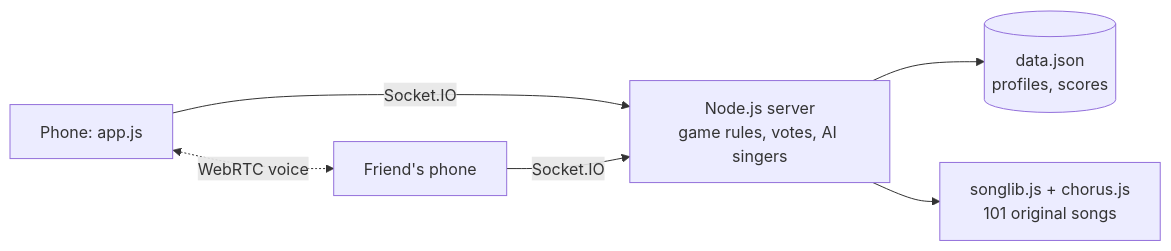
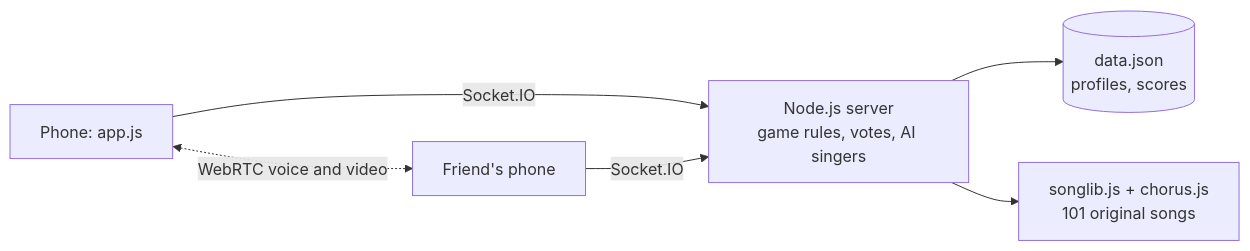
The diagram in README.md (Vineetsing9019/mehfil-antakshari), drawn with Mermaid before and after one commit. The commit also changed other lines of this file and 10 other files, not shown here.

Commit message:
Video calling (off by default, link-only tables, max 4 cameras, enforced by the server); call statistics helper; e2e video test proves video flows both ways with voice intact; docs and changelog updated

````diff
--- a/README.md
+++ b/README.md
@@ -48,8 +48,8 @@
 ```mermaid
 flowchart LR
   P1[Phone: app.js] -- Socket.IO --> S[Node.js server<br>game rules, votes, AI singers]
   P2[Friend's phone] -- Socket.IO --> S
-  P1 <-. WebRTC voice .-> P2
+  P1 <-. WebRTC voice and video .-> P2
   S --> D[(data.json<br>profiles, scores)]
   S --> L[songlib.js + chorus.js<br>101 original songs]
 ```
````
